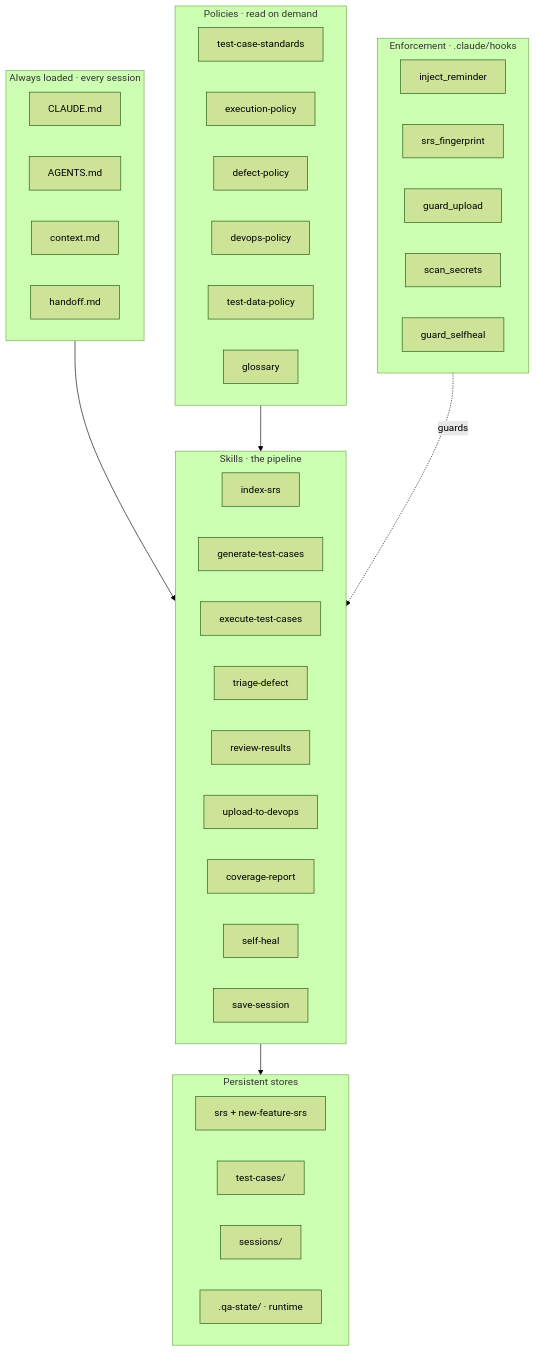
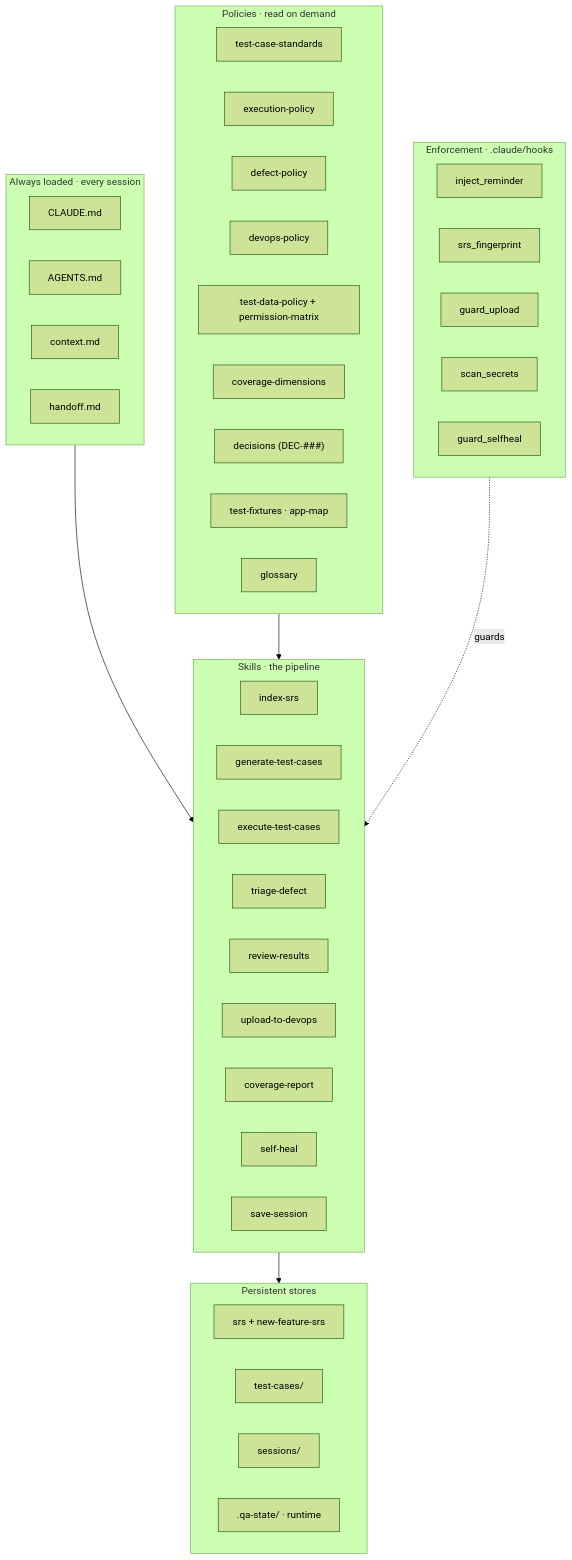
Before and after one commit to Abdelrahman4799/qa-ai-framework: the second of 5 diagrams in ARCHITECTURE.md, drawn with Mermaid (forest theme). The commit also changed other lines of this file and 1 other file, not shown here.

Commit message:
Diagram: reflect coverage dimensions and decisions (DEC) inputs
framework-diagram.html: stage 2 now mentions walking coverage dimensions; two
how-to-read notes added (per-dimension matrix; SRS plus decisions/fixtures/app-map
as sources). ARCHITECTURE.md: generate node plus a decisions/dimensions input edge,
and the policies layer now lists coverage-dimensions, decisions, fixtures, app-map,
permission-matrix.

````diff
--- a/ARCHITECTURE.md
+++ b/ARCHITECTURE.md
@@ -63,46 +64,49 @@
 ```mermaid
 flowchart TB
     subgraph L1["Always loaded · every session"]
         A1["CLAUDE.md"]
         A2["AGENTS.md"]
         A3["context.md"]
         A4["handoff.md"]
     end
     subgraph L2["Policies · read on demand"]
         P1["test-case-standards"]
         P2["execution-policy"]
         P3["defect-policy"]
         P4["devops-policy"]
-        P5["test-data-policy"]
-        P6["glossary"]
+        P5["test-data-policy + permission-matrix"]
+        P6["coverage-dimensions"]
+        P7["decisions (DEC-###)"]
+        P8["test-fixtures · app-map"]
+        P9["glossary"]
     end
     subgraph L3["Skills · the pipeline"]
         K1["index-srs"]
         K2["generate-test-cases"]
         K3["execute-test-cases"]
         K4["triage-defect"]
         K5["review-results"]
         K6["upload-to-devops"]
         K8["coverage-report"]
         K9["self-heal"]
         K10["save-session"]
     end
     subgraph L4["Enforcement · .claude/hooks"]
         H1["inject_reminder"]
         H2["srs_fingerprint"]
         H3["guard_upload"]
         H4["scan_secrets"]
         H5["guard_selfheal"]
     end
     subgraph L5["Persistent stores"]
         D1["srs + new-feature-srs"]
         D2["test-cases/"]
         D3["sessions/"]
         D4[".qa-state/ · runtime"]
     end
 
     L1 --> L3
     L2 --> L3
     L3 --> L5
     L4 -. guards .-> L3
 ```
````
